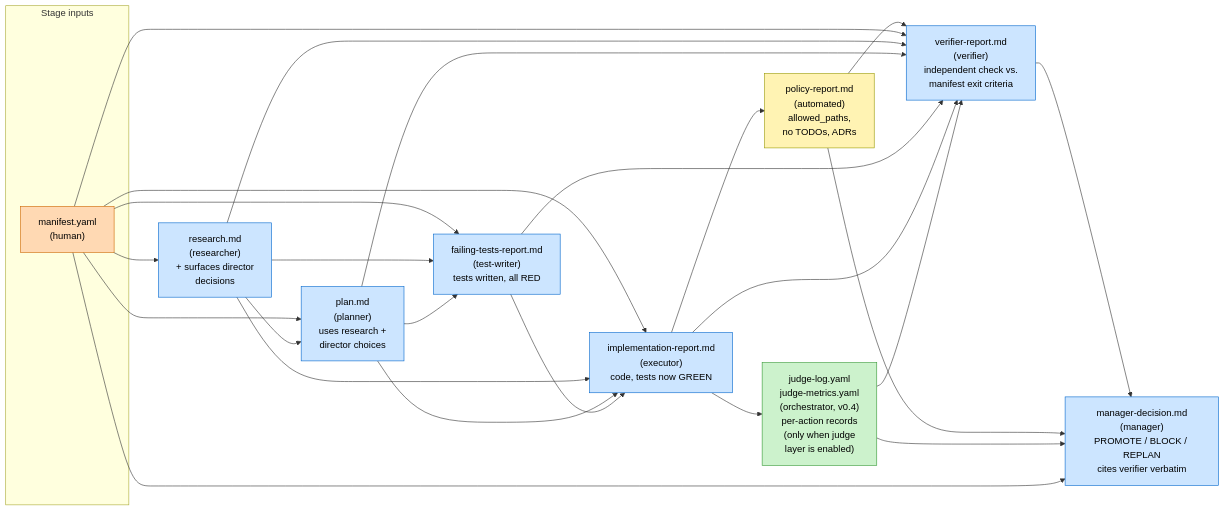
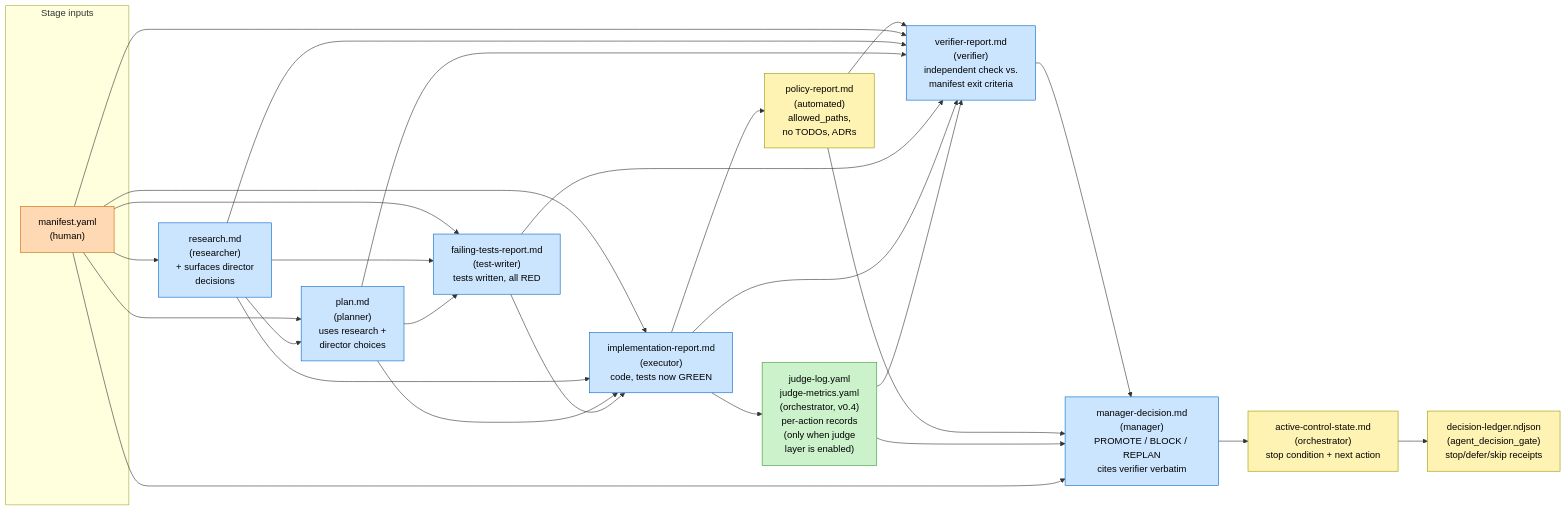
One commit to scottconverse/agent-pipeline-codex changed the third of 11 diagrams in skills/agent-pipeline/references/ARCHITECTURE.md. Above: the diagram before and after it, drawn with Mermaid. The commit also changed other lines of this file and 9 other files, not shown here.

````diff
--- a/skills/agent-pipeline/references/ARCHITECTURE.md
+++ b/skills/agent-pipeline/references/ARCHITECTURE.md
@@ -114,39 +114,42 @@
 ```mermaid
 flowchart LR
     subgraph Inputs["Stage inputs"]
         I0["manifest.yaml<br/>(human)"]
     end
 
     I0 --> R["research.md<br/>(researcher)<br/>+ surfaces director<br/>decisions"]
     I0 --> P["plan.md<br/>(planner)<br/>uses research +<br/>director choices"]
     R --> P
     I0 --> TW["failing-tests-report.md<br/>(test-writer)<br/>tests written, all RED"]
     R --> TW
     P --> TW
     I0 --> E["implementation-report.md<br/>(executor)<br/>code, tests now GREEN"]
     R --> E
     P --> E
     TW --> E
     E --> JL["judge-log.yaml<br/>judge-metrics.yaml<br/>(orchestrator, v0.4)<br/>per-action records<br/>(only when judge<br/>layer is enabled)"]
     E --> POL["policy-report.md<br/>(automated)<br/>allowed_paths,<br/>no TODOs, ADRs"]
     POL --> V["verifier-report.md<br/>(verifier)<br/>independent check vs.<br/>manifest exit criteria"]
     I0 --> V
     R --> V
     P --> V
     TW --> V
     E --> V
     JL --> V
     V --> MGR["manager-decision.md<br/>(manager)<br/>PROMOTE / BLOCK / REPLAN<br/>cites verifier verbatim"]
     POL --> MGR
     JL --> MGR
     I0 --> MGR
+    MGR --> ACS["active-control-state.md<br/>(orchestrator)<br/>stop condition + next action"]
+    ACS --> DG["decision-ledger.ndjson<br/>(agent_decision_gate)<br/>stop/defer/skip receipts"]
 
     classDef human fill:#ffd9b3,stroke:#cc6600,color:#000
     classDef agent fill:#cce5ff,stroke:#0066cc,color:#000
     classDef policy fill:#fff3b3,stroke:#999900,color:#000
     classDef judge fill:#ccf2cc,stroke:#339933,color:#000
     class I0 human
     class R,P,TW,E,V,MGR agent
     class POL policy
     class JL judge
+    class ACS,DG policy
 ```
````
